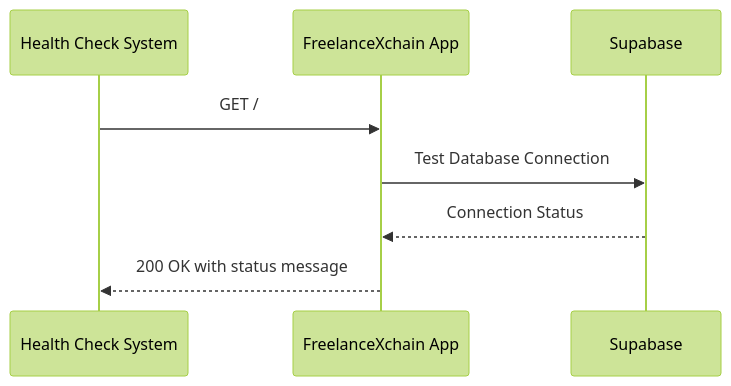
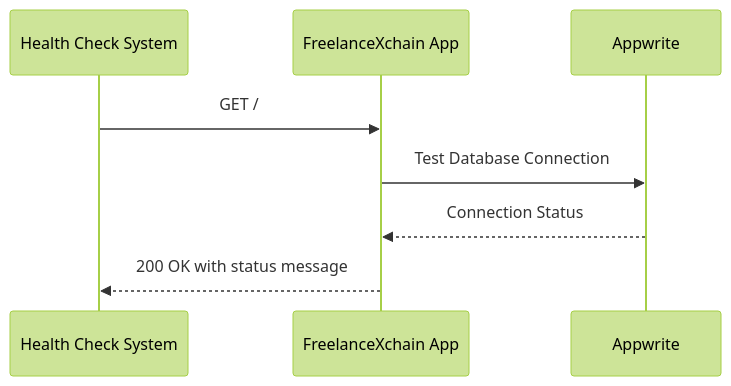
The sixth of 13 diagrams in docs/deployment-guides.md (ProTechPh/FreelanceXchain-api), drawn with Mermaid (forest theme) before and after one commit. The commit also changed other lines of this file and 469 other files, not shown here.

````diff
--- a/docs/deployment-guides.md
+++ b/docs/deployment-guides.md
@@ -893,10 +893,10 @@
 ```mermaid
 sequenceDiagram
 participant HealthCheck as Health Check System
 participant App as FreelanceXchain App
-participant Supabase as Supabase
+participant Appwrite as Appwrite
 HealthCheck->>App : GET /
-App->>Supabase : Test Database Connection
-Supabase-->>App : Connection Status
+App->>Appwrite : Test Database Connection
+Appwrite-->>App : Connection Status
 App-->>HealthCheck : 200 OK with status message
 ```
````
